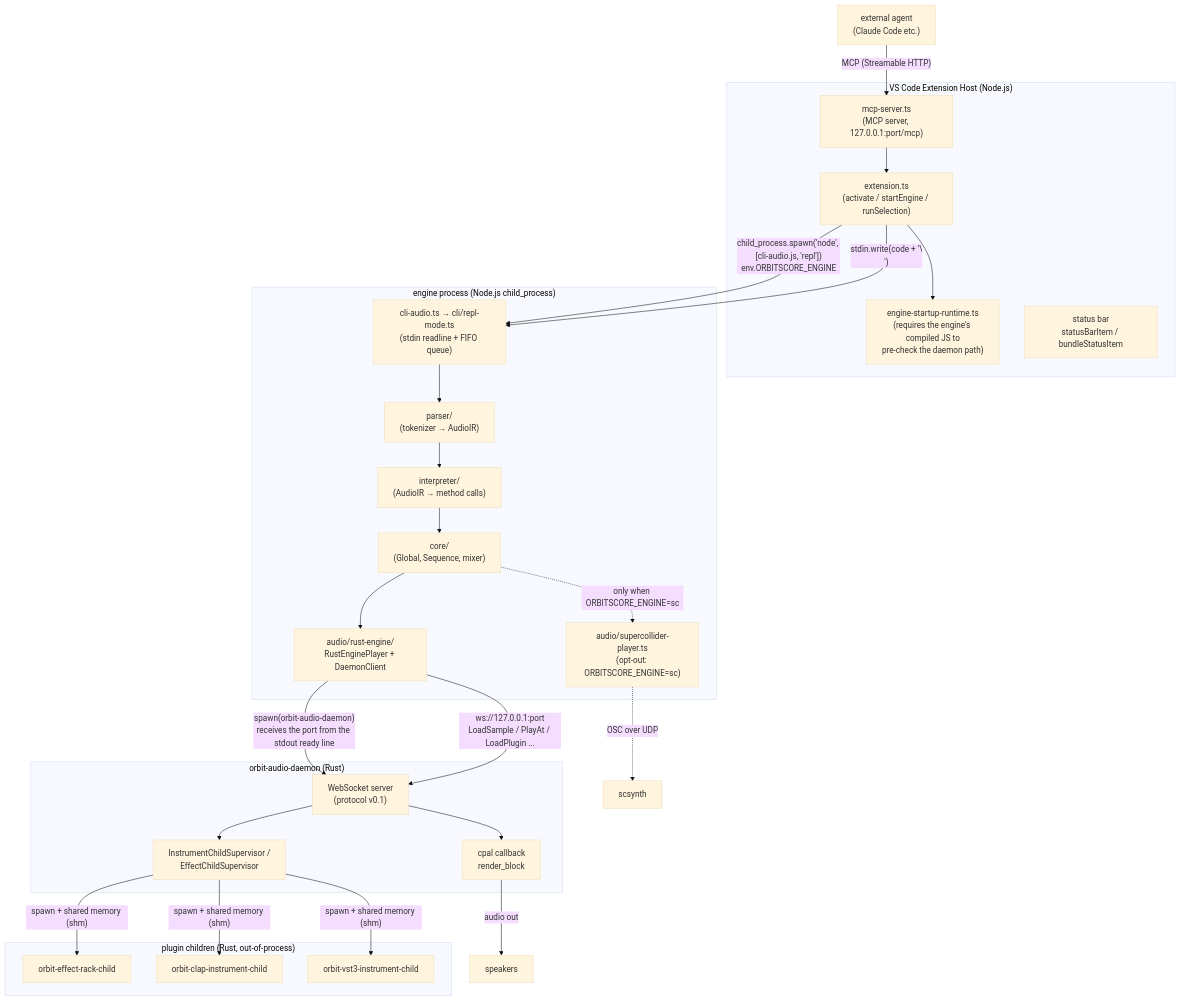
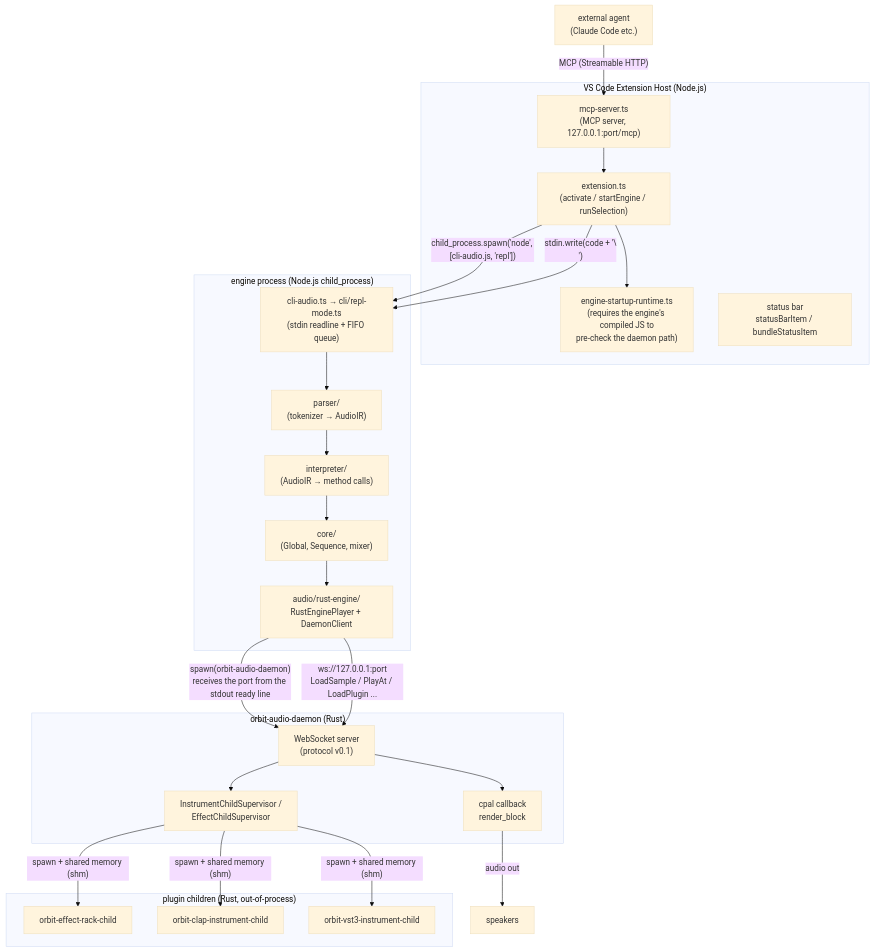
One commit to signalcompose/orbitscore changed the first of 2 diagrams in sites/dev/en/orientation/architecture-overview.md. Above: the diagram before and after it, drawn with Mermaid (base theme). The commit also changed other lines of this file and 23 other files, not shown here.

````diff
--- a/sites/dev/en/orientation/architecture-overview.md
+++ b/sites/dev/en/orientation/architecture-overview.md
@@ -29,47 +29,44 @@
 ```mermaid
 graph TD
   subgraph "VS Code Extension Host (Node.js)"
     EXT["extension.ts\n(activate / startEngine / runSelection)"]
     MCP["mcp-server.ts\n(MCP server, 127.0.0.1:port/mcp)"]
     RESOLVER["engine-startup-runtime.ts\n(requires the engine's compiled JS to\npre-check the daemon path)"]
     STATUS["status bar\nstatusBarItem / bundleStatusItem"]
   end
 
   subgraph "engine process (Node.js child_process)"
     CLI["cli-audio.ts → cli/repl-mode.ts\n(stdin readline + FIFO queue)"]
     PARSER["parser/\n(tokenizer → AudioIR)"]
     INTERP["interpreter/\n(AudioIR → method calls)"]
     CORE["core/\n(Global, Sequence, mixer)"]
     PLAYER["audio/rust-engine/\nRustEnginePlayer + DaemonClient"]
-    SC["audio/supercollider-player.ts\n(opt-out: ORBITSCORE_ENGINE=sc)"]
   end
 
   subgraph "orbit-audio-daemon (Rust)"
     WS["WebSocket server\n(protocol v0.1)"]
     RENDER["cpal callback\nrender_block"]
     SUP["InstrumentChildSupervisor /\nEffectChildSupervisor"]
   end
 
   subgraph "plugin children (Rust, out-of-process)"
     CHILD1["orbit-effect-rack-child"]
     CHILD2["orbit-clap-instrument-child"]
     CHILD3["orbit-vst3-instrument-child"]
   end
 
   AGENT["external agent\n(Claude Code etc.)"] -->|"MCP (Streamable HTTP)"| MCP
   MCP --> EXT
-  EXT -->|"child_process.spawn('node', [cli-audio.js, 'repl'])\nenv.ORBITSCORE_ENGINE"| CLI
+  EXT -->|"child_process.spawn('node', [cli-audio.js, 'repl'])"| CLI
   EXT -->|"stdin.write(code + '\\n')"| CLI
   EXT --> RESOLVER
   CLI --> PARSER --> INTERP --> CORE --> PLAYER
-  CORE -.->|"only when ORBITSCORE_ENGINE=sc"| SC
   PLAYER -->|"spawn(orbit-audio-daemon)\nreceives the port from the stdout ready line"| WS
   PLAYER -->|"ws://127.0.0.1:port\nLoadSample / PlayAt / LoadPlugin ..."| WS
   WS --> RENDER
   WS --> SUP
   SUP -->|"spawn + shared memory (shm)"| CHILD1
   SUP -->|"spawn + shared memory (shm)"| CHILD2
   SUP -->|"spawn + shared memory (shm)"| CHILD3
   RENDER -->|"audio out"| DAC["speakers"]
-  SC -.->|"OSC over UDP"| SCSYNTH["scsynth"]
 ```
````
